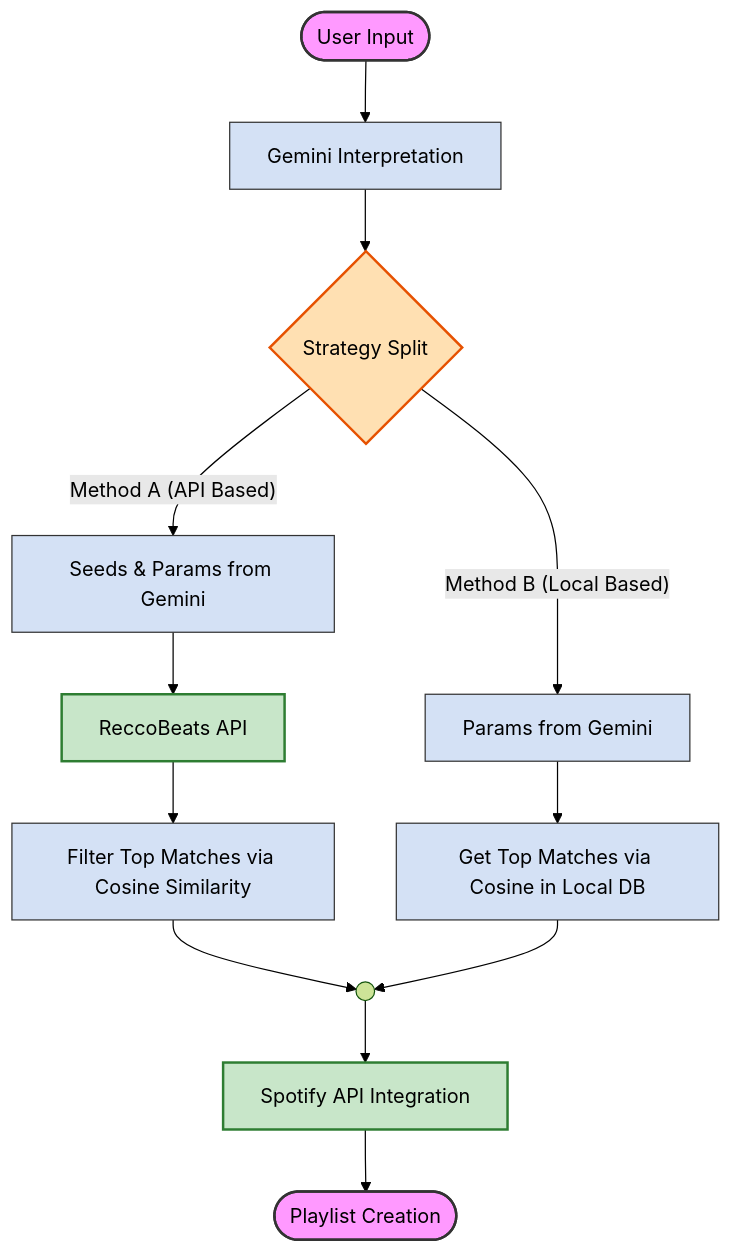
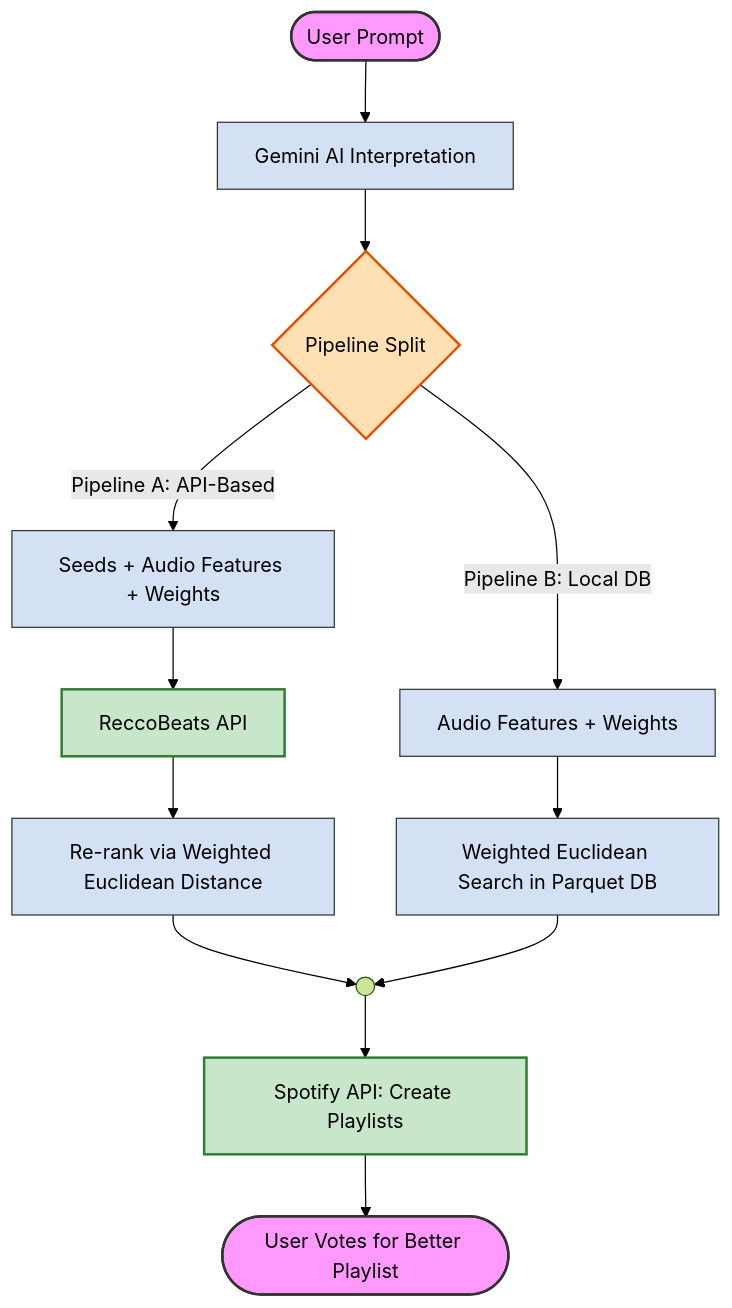
Before and after one commit to omers2000/Promptify: the diagram in README.md, drawn with Mermaid (forest theme). The commit also changed other lines of this file and 3 other files, not shown here.

````diff
--- a/README.md
+++ b/README.md
@@ -61,22 +79,22 @@
 ```mermaid
 graph TD
     classDef startEnd fill:#f9f,stroke:#333,stroke-width:2px,color:#000;
     classDef process fill:#d4e1f5,stroke:#333,stroke-width:1px,color:#000;
     classDef decision fill:#ffe0b2,stroke:#e65100,stroke-width:2px,color:#000;
     classDef api fill:#c8e6c9,stroke:#2e7d32,stroke-width:2px,color:#000;
 
-    User([User Input]):::startEnd --> Gemini[Gemini Interpretation]:::process
-    Gemini --> Split{Strategy Split}:::decision
+    User([User Prompt]):::startEnd --> Gemini[Gemini AI Interpretation]:::process
+    Gemini --> Split{Pipeline Split}:::decision
 
-    Split -- "Method A (API Based)" --> A_Data[Seeds & Params from Gemini]:::process
+    Split -- "Pipeline A: API-Based" --> A_Data[Seeds + Audio Features + Weights]:::process
     A_Data --> ReccoAPI[ReccoBeats API]:::api
-    ReccoAPI --> A_Filter[Filter Top Matches via Cosine Similarity]:::process
+    ReccoAPI --> A_Filter[Re-rank via Weighted Euclidean Distance]:::process
     A_Filter --> Merge(( ))
 
-    Split -- "Method B (Local Based)" --> B_Data[Params from Gemini]:::process
-    B_Data --> LocalDB[Get Top Matches via Cosine in Local DB]:::process
+    Split -- "Pipeline B: Local DB" --> B_Data[Audio Features + Weights]:::process
+    B_Data --> LocalDB[Weighted Euclidean Search in Parquet DB]:::process
     LocalDB --> Merge
 
-    Merge --> Spotify[Spotify API Integration]:::api
-    Spotify --> Create([Playlist Creation]):::startEnd
+    Merge --> Spotify[Spotify API: Create Playlists]:::api
+    Spotify --> Vote([User Votes for Better Playlist]):::startEnd
 ```
````
